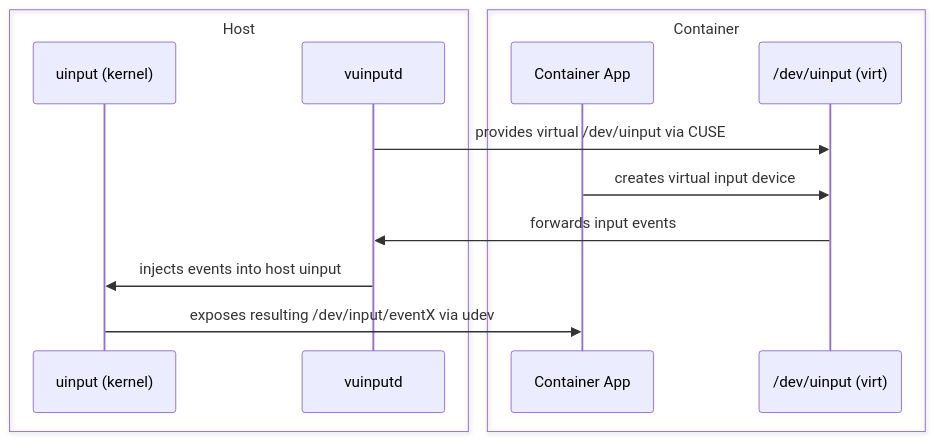
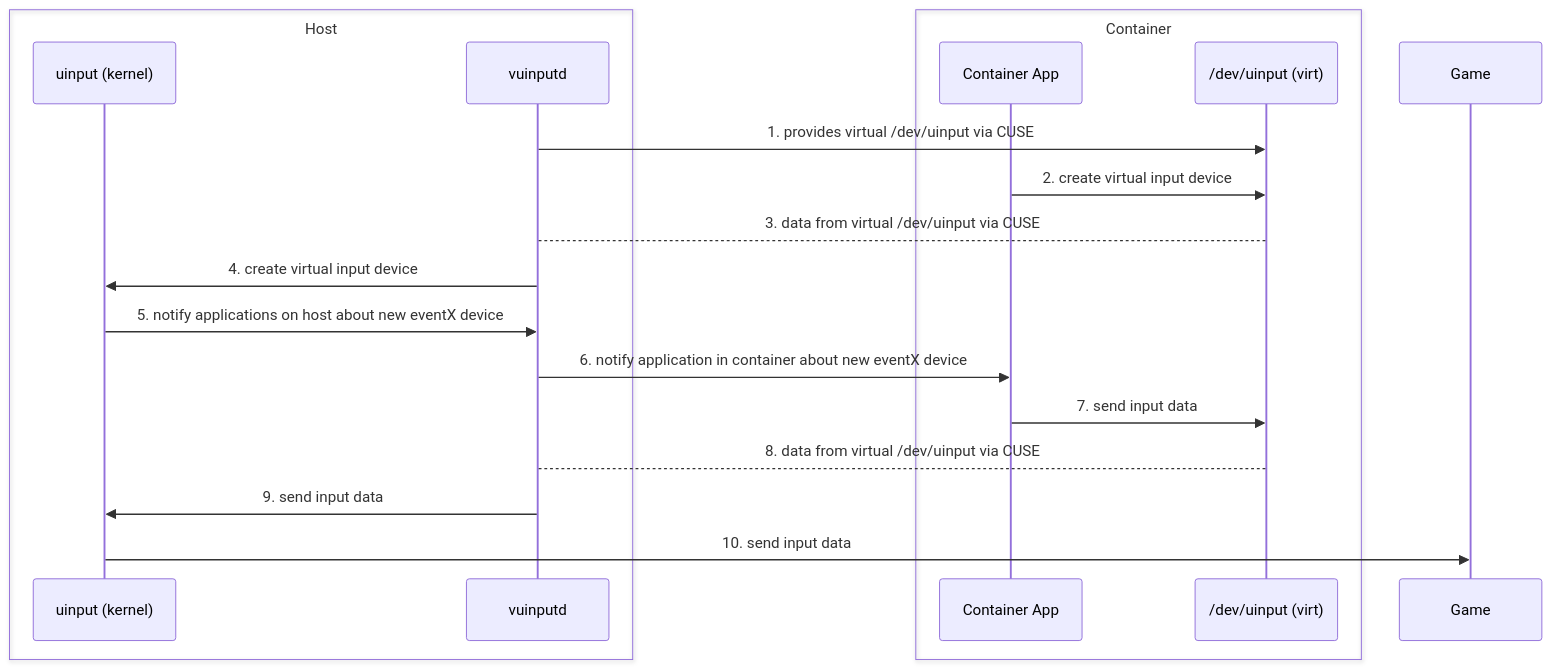
The diagram in README.md (joleuger/vuinputd), drawn with Mermaid before and after one commit. The commit also changed 1 other file, not shown here.

````diff
--- a/README.md
+++ b/README.md
@@ -35,20 +35,24 @@
 ```mermaid
 
 sequenceDiagram
     box transparent Host
         participant Kernel as uinput (kernel)
         participant Daemon as vuinputd
     end
 
     box transparent Container
         participant App as Container App
         participant VirtUinput as /dev/uinput (virt)
     end
 
-    Daemon->>VirtUinput: provides virtual /dev/uinput via CUSE
-    App->>VirtUinput: creates virtual input device
-    VirtUinput->>Daemon: forwards input events
-    Daemon->>Kernel: injects events into host uinput
-    Kernel->>App: exposes resulting /dev/input/eventX via udev
-
+    Daemon->>VirtUinput: 1. provides virtual /dev/uinput via CUSE
+    App->>VirtUinput: 2. create virtual input device
+    VirtUinput-->Daemon: 3. data from virtual /dev/uinput via CUSE
+    Daemon->>Kernel: 4. create virtual input device
+    Kernel->>Daemon: 5. notify applications on host about new eventX device
+    Daemon->>App: 6. notify application in container about new eventX device
+    App->>VirtUinput: 7. send input data
+    VirtUinput-->Daemon: 8. data from virtual /dev/uinput via CUSE
+    Daemon->>Kernel: 9. send input data
+    Kernel->>Game: 10. send input data
 ```
````
